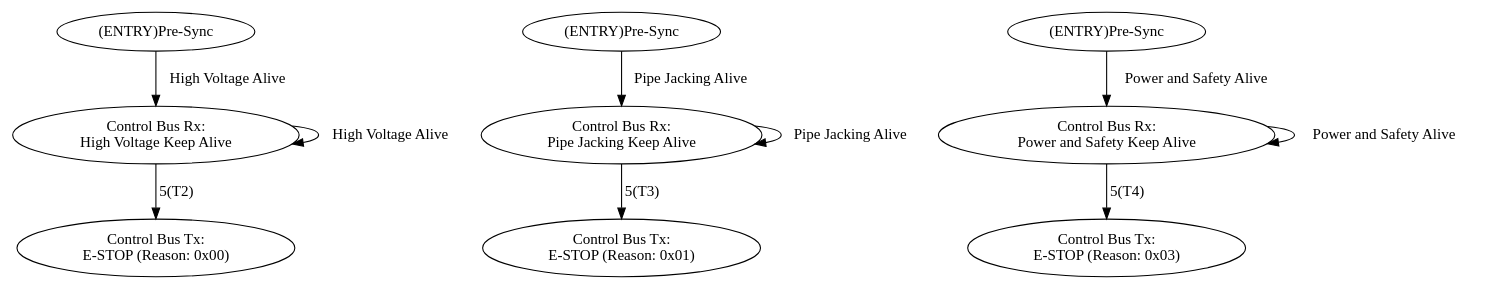
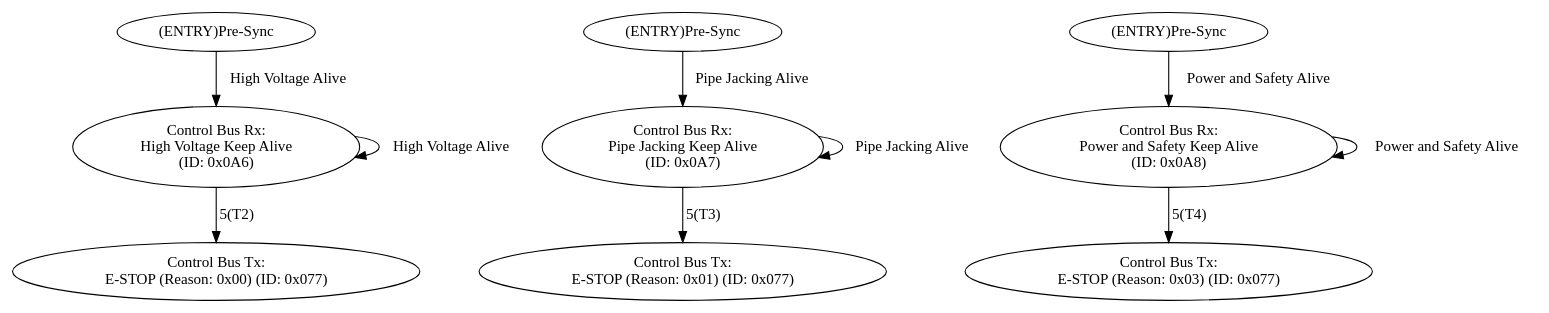
Before and after one commit to umdloop/state-machines: the diagram in telemetry/gsTelemetryControllerSM.dot, drawn with Graphviz. The commit also changed other lines of this file and 6 other files, not shown here.

```diff
--- a/telemetry/gsTelemetryControllerSM.dot
+++ b/telemetry/gsTelemetryControllerSM.dot
@@ -1,33 +1,33 @@
 digraph newUSM {
-    // Receive TelemetryKeepAlive
+    // Receive HVKeepAlive
     S50 [label = "(ENTRY)Pre-Sync"];
-    S51 [label = "Control Bus Rx:\nHigh Voltage Keep Alive"];
-    S52 [label = "Control Bus Tx:\nE-STOP (Reason: 0x00)"];
+    S51 [label = "Control Bus Rx:\nHigh Voltage Keep Alive\n(ID: 0x0A6)"];
+    S52 [label = "Control Bus Tx:\nE-STOP (Reason: 0x00) (ID: 0x077)"];
 
     S50 -> S51 [label = "High Voltage Alive"];
     S51 -> S51 [label = "High Voltage Alive"];
     S51 -> S52 [label = "5(T2)"];
 
 
-    // Receive ExcavationKeepAlive
+    // Receive PipeJackingKeepAlive
     S60 [label = "(ENTRY)Pre-Sync"];
-    S61 [label = "Control Bus Rx:\nPipe Jacking Keep Alive"];
-    S62 [label = "Control Bus Tx:\nE-STOP (Reason: 0x01)"];
+    S61 [label = "Control Bus Rx:\nPipe Jacking Keep Alive\n(ID: 0x0A7)"];
+    S62 [label = "Control Bus Tx:\nE-STOP (Reason: 0x01) (ID: 0x077)"];
 
     S60 -> S61 [label="Pipe Jacking Alive"];
     S61 -> S61 [label="Pipe Jacking Alive"];
     S61 -> S62 [label="5(T3)"];
 
 
-    // Receive EKeepAlive
+    // Receive PowerAndSafetyKeepAlive
     S80 [label = "(ENTRY)Pre-Sync"];
-    S81 [label = "Control Bus Rx:\nPower and Safety Keep Alive"];
-    S82 [label = "Control Bus Tx:\nE-STOP (Reason: 0x03)"];
+    S81 [label = "Control Bus Rx:\nPower and Safety Keep Alive\n(ID: 0x0A8)"];
+    S82 [label = "Control Bus Tx:\nE-STOP (Reason: 0x03) (ID: 0x077)"];
 
     S80 -> S81 [label = "Power and Safety Alive"];
     S81 -> S81 [label = "Power and Safety Alive"];
     S81 -> S82 [label = "5(T4)"];
 
 }
 
 // include state where estop occurs (another flag)
```
